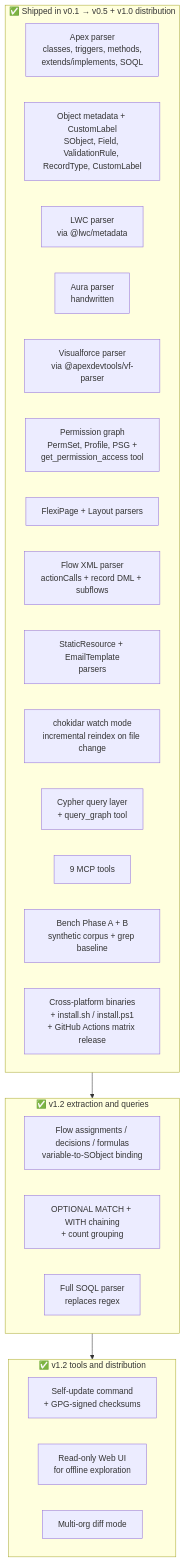
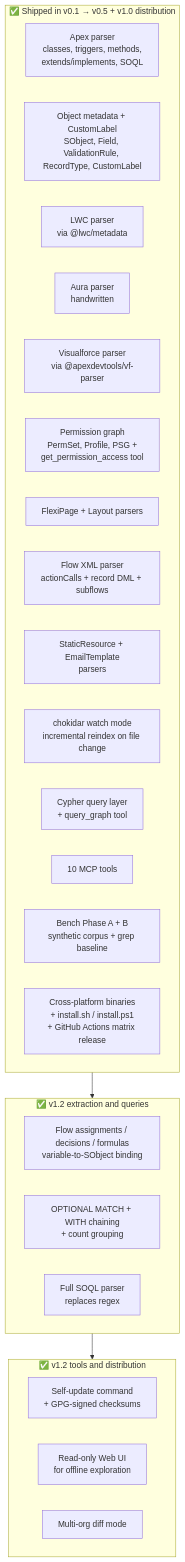
The second of 2 diagrams in README.md (Marceswan/Spindle), drawn with Mermaid before and after one commit. The commit also changed other lines of this file, not shown here.

````diff
--- a/README.md
+++ b/README.md
@@ -251,33 +261,33 @@
 ```mermaid
 graph TB
     subgraph Done[" ✅ Shipped in v0.1 → v0.5 + v1.0 distribution "]
         Apex2[Apex parser<br/>classes, triggers, methods,<br/>extends/implements, SOQL]
         Meta2[Object metadata + CustomLabel<br/>SObject, Field, ValidationRule, RecordType, CustomLabel]
         LWC2[LWC parser<br/>via @lwc/metadata]
         Aura2[Aura parser<br/>handwritten]
         VF2[Visualforce parser<br/>via @apexdevtools/vf-parser]
         Perm3[Permission graph<br/>PermSet, Profile, PSG +<br/>get_permission_access tool]
         FlexLayout3[FlexiPage + Layout parsers]
         Flow3[Flow XML parser<br/>actionCalls + record DML + subflows]
         StaticEmail4[StaticResource + EmailTemplate<br/>parsers]
         Watch4[chokidar watch mode<br/>incremental reindex on file change]
         Cypher5[Cypher query layer<br/>+ query_graph tool]
-        Tools2[9 MCP tools]
+        Tools2[10 MCP tools]
         Bench2[Bench Phase A + B<br/>synthetic corpus + grep baseline]
         Dist1[Cross-platform binaries<br/>+ install.sh / install.ps1<br/>+ GitHub Actions matrix release]
     end
 
     subgraph Soon[" ✅ v1.2 extraction and queries "]
         FlowAdv4[Flow assignments / decisions / formulas<br/>variable-to-SObject binding]
         OptCypher[OPTIONAL MATCH + WITH chaining<br/>+ count grouping]
         SOQL4[Full SOQL parser<br/>replaces regex]
     end
 
     subgraph Later[" ✅ v1.2 tools and distribution "]
         SelfUpdate[Self-update command<br/>+ GPG-signed checksums]
         WebUI[Read-only Web UI<br/>for offline exploration]
         Diff[Multi-org diff mode]
     end
 
     Done --> Soon --> Later
 ```
````
